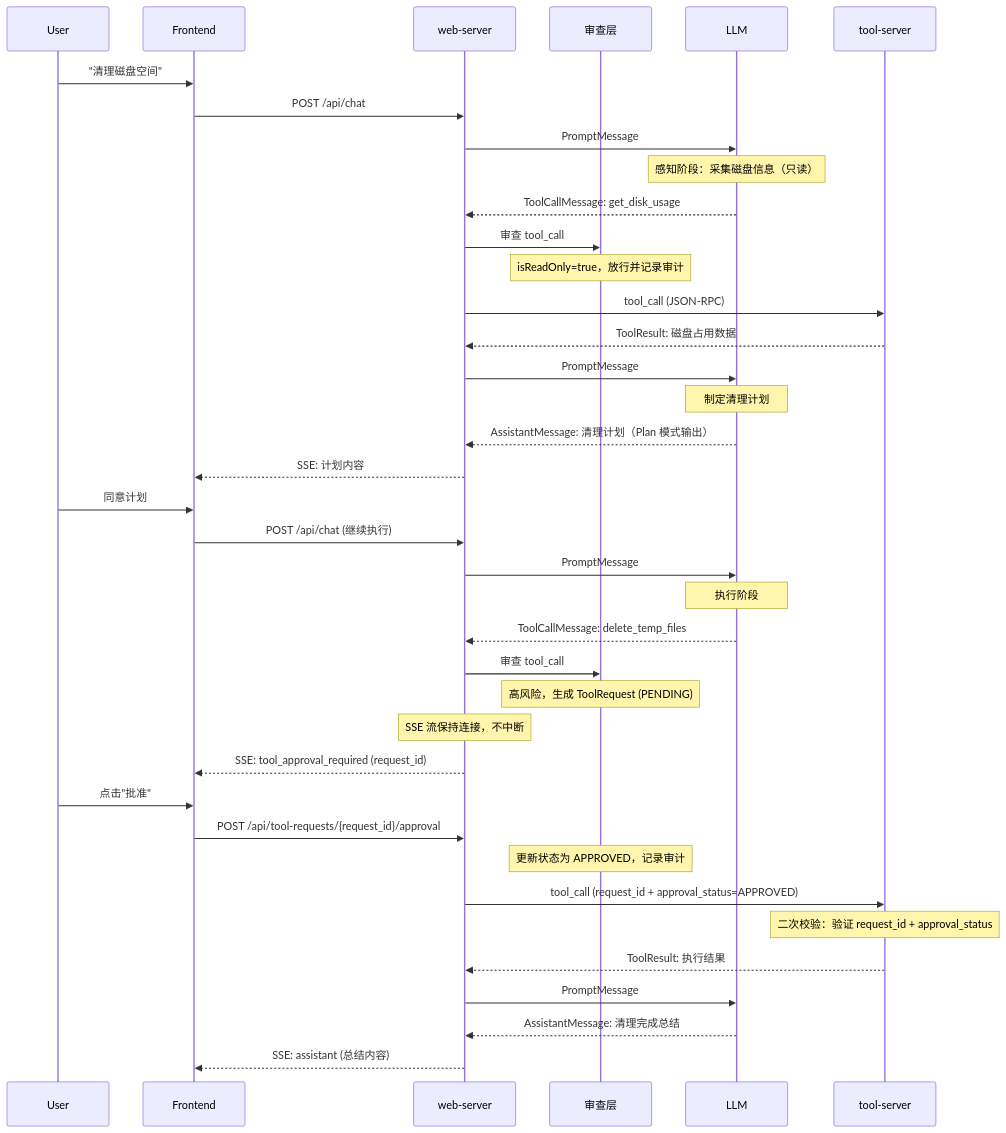
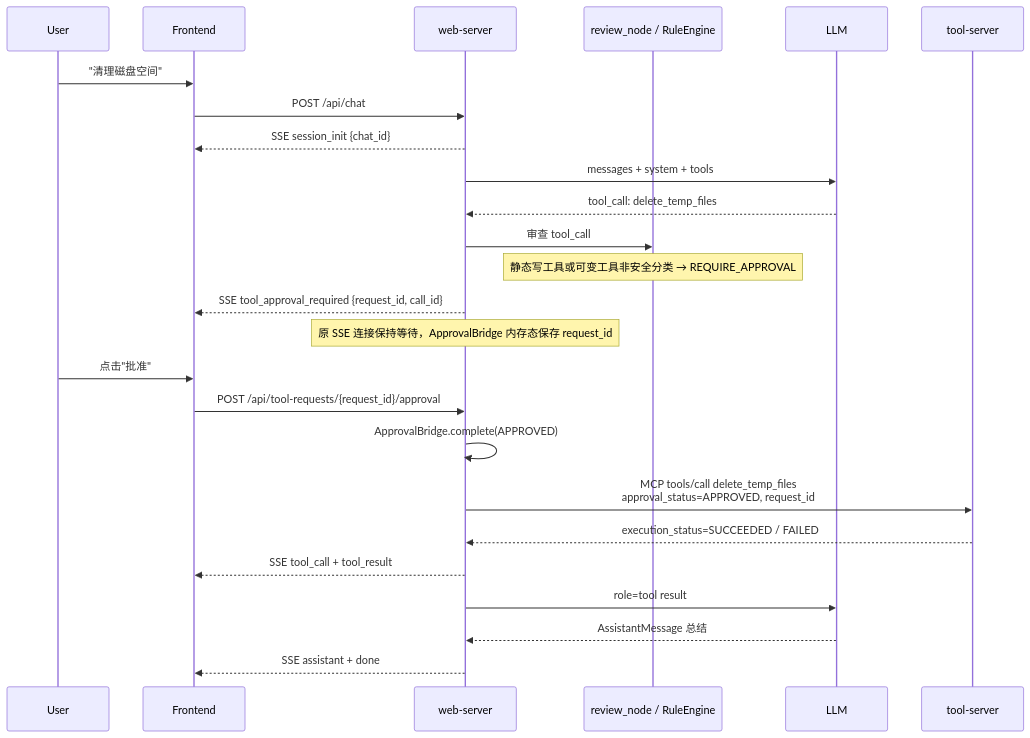
One commit to nazzeDe/alascup-agent changed the second of 4 diagrams in docs/详细设计.md. Above: the diagram before and after it, drawn with Mermaid. The commit also changed other lines of this file and 21 other files, not shown here.

````diff
--- a/docs/详细设计.md
+++ b/docs/详细设计.md
@@ -45,41 +44,28 @@
 ```mermaid
 sequenceDiagram
     participant user as User
     participant front as Frontend
     participant web as web-server
-    participant sec as 审查层
+    participant sec as review_node / RuleEngine
     participant llm as LLM
     participant tool as tool-server
 
     user->>front: "清理磁盘空间"
     front->>web: POST /api/chat
-    web->>llm: PromptMessage
-    Note over llm: 感知阶段：采集磁盘信息（只读）
-    llm-->>web: ToolCallMessage: get_disk_usage
+    web-->>front: SSE session_init {chat_id}
+    web->>llm: messages + system + tools
+    llm-->>web: tool_call: delete_temp_files
     web->>sec: 审查 tool_call
-    Note over sec: isReadOnly=true，放行并记录审计
-    web->>tool: tool_call (JSON-RPC)
-    tool-->>web: ToolResult: 磁盘占用数据
-    web->>llm: PromptMessage
-    Note over llm: 制定清理计划
-    llm-->>web: AssistantMessage: 清理计划（Plan 模式输出）
-    web-->>front: SSE: 计划内容
-    user->>front: 同意计划
-    front->>web: POST /api/chat (继续执行)
-    web->>llm: PromptMessage
-    Note over llm: 执行阶段
-    llm-->>web: ToolCallMessage: delete_temp_files
-    web->>sec: 审查 tool_call
-    Note over sec: 高风险，生成 ToolRequest (PENDING)
-    Note over web: SSE 流保持连接，不中断
-    web-->>front: SSE: tool_approval_required (request_id)
+    Note over sec: 静态写工具或可变工具非安全分类 → REQUIRE_APPROVAL
+    web-->>front: SSE tool_approval_required {request_id, call_id}
+    Note over web: 原 SSE 连接保持等待，ApprovalBridge 内存态保存 request_id
     user->>front: 点击"批准"
     front->>web: POST /api/tool-requests/{request_id}/approval
-    Note over sec: 更新状态为 APPROVED，记录审计
-    web->>tool: tool_call (request_id + approval_status=APPROVED)
-    Note over tool: 二次校验：验证 request_id + approval_status
-    tool-->>web: ToolResult: 执行结果
-    web->>llm: PromptMessage
-    llm-->>web: AssistantMessage: 清理完成总结
-    web-->>front: SSE: assistant (总结内容)
+    web->>web: ApprovalBridge.complete(APPROVED)
+    web->>tool: MCP tools/call delete_temp_files<br/>approval_status=APPROVED, request_id
+    tool-->>web: execution_status=SUCCEEDED / FAILED
+    web-->>front: SSE tool_call + tool_result
+    web->>llm: role=tool result
+    llm-->>web: AssistantMessage 总结
+    web-->>front: SSE assistant + done
 ```
````
